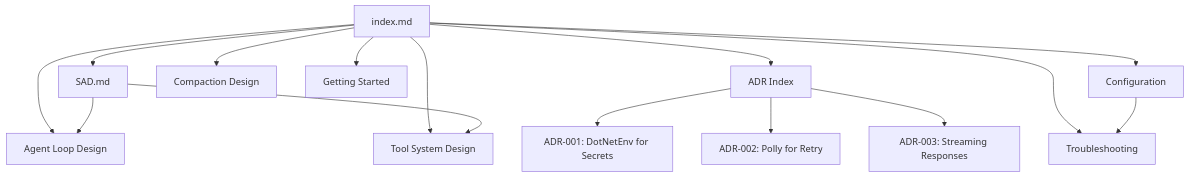
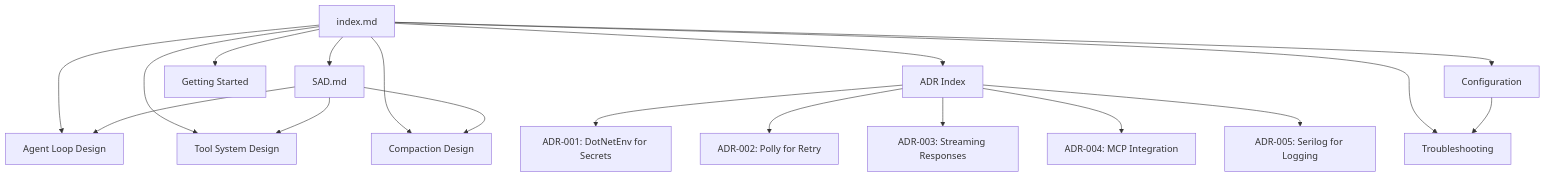
One commit to StephenDenisEdwards/micro-x-agent-loop-dotnet changed the diagram in documentation/docs/index.md. Above: the diagram before and after it, drawn with Mermaid. The commit also changed other lines of this file and 29 other files, not shown here.

First line of the commit message:
Sync with Python agent: add MCP, web tools, logging, and usage reporting

````diff
--- a/documentation/docs/index.md
+++ b/documentation/docs/index.md
@@ -28,19 +28,22 @@
 ```mermaid
 graph TD
     INDEX[index.md] --> SAD[SAD.md]
     INDEX --> ADR[ADR Index]
     INDEX --> DESIGN1[Agent Loop Design]
     INDEX --> DESIGN2[Tool System Design]
     INDEX --> DESIGN3[Compaction Design]
     INDEX --> OPS1[Getting Started]
     INDEX --> OPS2[Configuration]
     INDEX --> OPS3[Troubleshooting]
 
     ADR --> ADR001[ADR-001: DotNetEnv for Secrets]
     ADR --> ADR002[ADR-002: Polly for Retry]
     ADR --> ADR003[ADR-003: Streaming Responses]
+    ADR --> ADR004[ADR-004: MCP Integration]
+    ADR --> ADR005[ADR-005: Serilog for Logging]
 
     SAD --> DESIGN1
     SAD --> DESIGN2
+    SAD --> DESIGN3
     OPS2 --> OPS3
 ```
````
